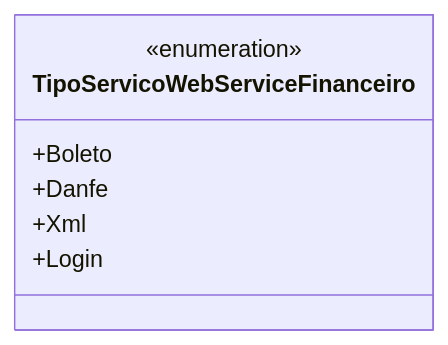
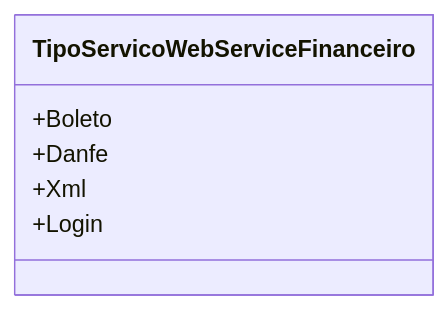
Before and after one commit to IsthmusSistemas/documentacao-tecnica: the diagram in docs/b2b-dominio/IsthmusWinthor.Nucleo/IsthmusWinthor.Dominio/Enumeradores/TipoServicoWebServiceFinanceiro.md, drawn with Mermaid. The commit also changed other lines of this file and 882 other files, not shown here.

````diff
--- a/docs/b2b-dominio/IsthmusWinthor.Nucleo/IsthmusWinthor.Dominio/Enumeradores/TipoServicoWebServiceFinanceiro.md
+++ b/docs/b2b-dominio/IsthmusWinthor.Nucleo/IsthmusWinthor.Dominio/Enumeradores/TipoServicoWebServiceFinanceiro.md
@@ -11,10 +12,9 @@
 ```mermaid
 classDiagram
     class TipoServicoWebServiceFinanceiro {
-        <<enumeration>>
         +Boleto
         +Danfe
         +Xml
         +Login
     }
 ```
````
